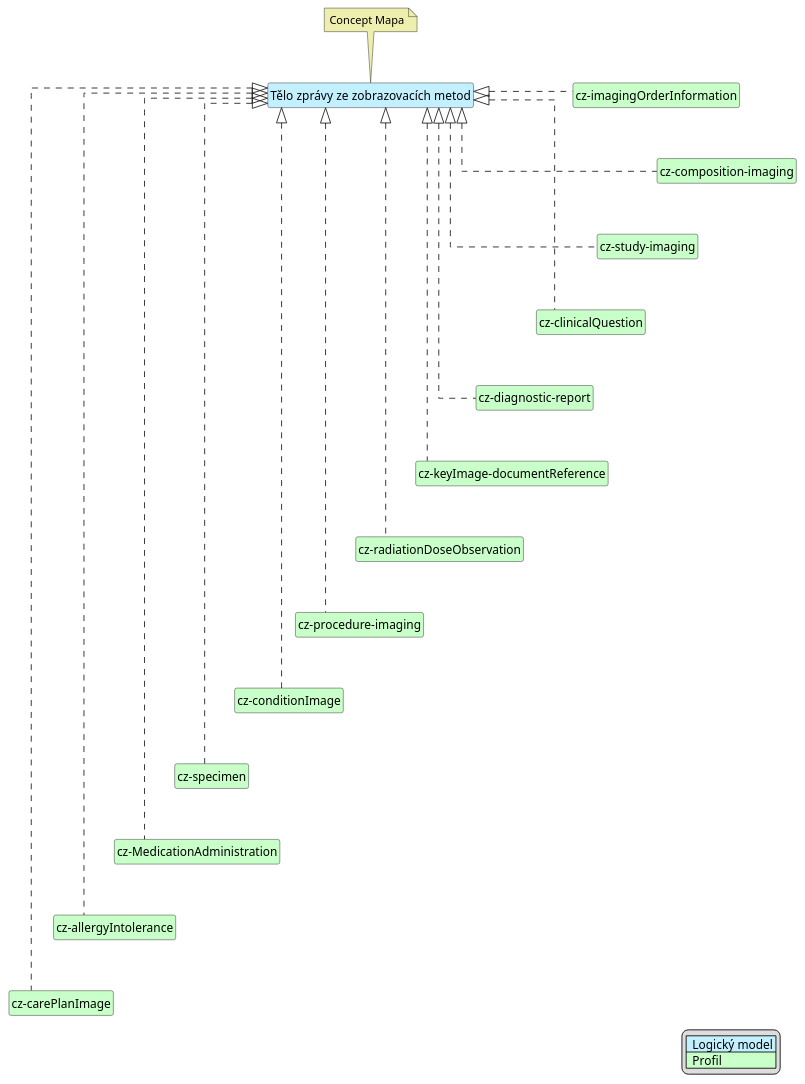
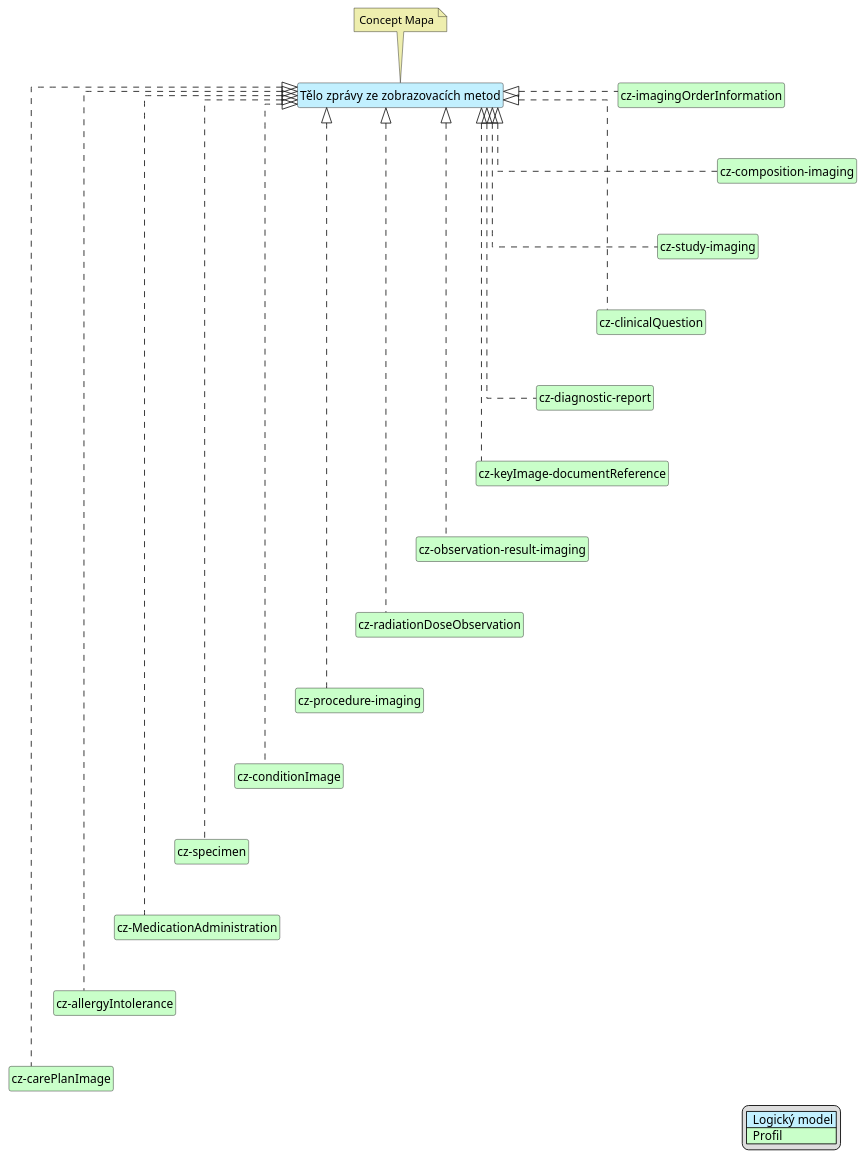
The diagram in input/images-source/imgReportBody-map-cs.plantuml (HL7-cz/img), drawn with PlantUML before and after one commit. The commit also changed 8 other files, not shown here.

```diff
--- a/input/images-source/imgReportBody-map-cs.plantuml
+++ b/input/images-source/imgReportBody-map-cs.plantuml
@@ -1,61 +1,64 @@
 @startuml
 hide circle
 hide stereotype
 hide members
 hide methods
 skinparam linetype ortho
 skinparam class {
 BackgroundColor<<LogicalModel>> #APPLICATION
 BackgroundColor<<Profile>> #TECHNOLOGY
 }
 legend right
 | <#APPLICATION>  Logický model |
 | <#TECHNOLOGY>  Profil |
 endlegend
 class "Tělo zprávy ze zobrazovacích metod" <<LogicalModel>> [[StructureDefinition-BodyImagingReportCz.html]]
 note top #EEEEAE [[ConceptMap-BodyImagingReport2FHIR-cz.html]]
 Concept Mapa
 endnote
 
 class "cz-composition-imaging" <<Profile>> [[StructureDefinition-cz-composition-imaging.html]]
 class "cz-imagingOrderInformation" <<Profile>> [[StructureDefinition-cz-imagingOrderInformation.html]]
 class "cz-conditionImage" <<Profile>> [[StructureDefinition-cz-conditionImage.html]]
 class "cz-study-imaging" <<Profile>> [[StructureDefinition-cz-study-imaging.html]]
 class "cz-clinicalQuestion" <<Profile>> [[StructureDefinition-cz-clinicalQuestion.html]]
 class "cz-procedure-imaging" <<Profile>> [[StructureDefinition-cz-procedure-imaging.html]]
 class "cz-diagnostic-report" <<Profile>> [[StructureDefinition-cz-diagnostic-report.html]]
 class "cz-keyImage-documentReference" <<Profile>> [[StructureDefinition-cz-keyImage-documentReference.html]]
+class "cz-observation-result-imaging" <<Profile>> [[StructureDefinition-cz-observation-result-imaging.html]]
 class "cz-radiationDoseObservation" <<Profile>> [[StructureDefinition-cz-radiationDoseObservation.html]]
 class "cz-specimen" <<Profile>> [[https://build.fhir.org/ig/HL7-cz/cz-core/StructureDefinition-cz-specimen.html]]
 class "cz-MedicationAdministration" <<Profile>> [[StructureDefinition-cz-MedicationAdministration.html]]
 class "cz-allergyIntolerance" <<Profile>> [[https://build.fhir.org/ig/HL7-cz/cz-core/StructureDefinition-cz-allergyIntolerance.html]]
 class "cz-carePlanImage" <<Profile>> [[StructureDefinition-cz-carePlanImage.html]]
 
 "Tělo zprávy ze zobrazovacích metod" <|. "cz-imagingOrderInformation"
 "Tělo zprávy ze zobrazovacích metod" <|. "cz-composition-imaging"
 "Tělo zprávy ze zobrazovacích metod" <|. "cz-study-imaging"
 "Tělo zprávy ze zobrazovacích metod" <|. "cz-clinicalQuestion"
 "Tělo zprávy ze zobrazovacích metod" <|. "cz-procedure-imaging"
 "Tělo zprávy ze zobrazovacích metod" <|. "cz-diagnostic-report"
 "Tělo zprávy ze zobrazovacích metod" <|. "cz-keyImage-documentReference"
+"Tělo zprávy ze zobrazovacích metod" <|. "cz-observation-result-imaging"
 "Tělo zprávy ze zobrazovacích metod" <|. "cz-radiationDoseObservation"
 "Tělo zprávy ze zobrazovacích metod" <|. "cz-conditionImage"
 "Tělo zprávy ze zobrazovacích metod" <|. "cz-specimen"
 "Tělo zprávy ze zobrazovacích metod" <|. "cz-MedicationAdministration"
 "Tělo zprávy ze zobrazovacích metod" <|. "cz-allergyIntolerance"
 "Tělo zprávy ze zobrazovacích metod" <|. "cz-carePlanImage"
 
 "cz-imagingOrderInformation" -d[hidden]-> "cz-composition-imaging"
 "cz-composition-imaging" -d[hidden]-> "cz-study-imaging"
 "cz-study-imaging" -d[hidden]-> "cz-clinicalQuestion"
 "cz-clinicalQuestion" -d[hidden]-> "cz-diagnostic-report"
 "cz-diagnostic-report" -d[hidden]-> "cz-keyImage-documentReference"
-"cz-keyImage-documentReference" -d[hidden]-> "cz-radiationDoseObservation"
+"cz-keyImage-documentReference" -d[hidden]-> "cz-observation-result-imaging"
+"cz-observation-result-imaging" -d[hidden]-> "cz-radiationDoseObservation"
 "cz-radiationDoseObservation" -d[hidden]-> "cz-procedure-imaging"
 "cz-procedure-imaging" -d[hidden]-> "cz-conditionImage"
 "cz-conditionImage" -d[hidden]-> "cz-specimen"
 "cz-specimen" -d[hidden]-> "cz-MedicationAdministration"
 "cz-MedicationAdministration" -d[hidden]-> "cz-allergyIntolerance"
 "cz-allergyIntolerance" -d[hidden]-> "cz-carePlanImage"
 
 @enduml
```
